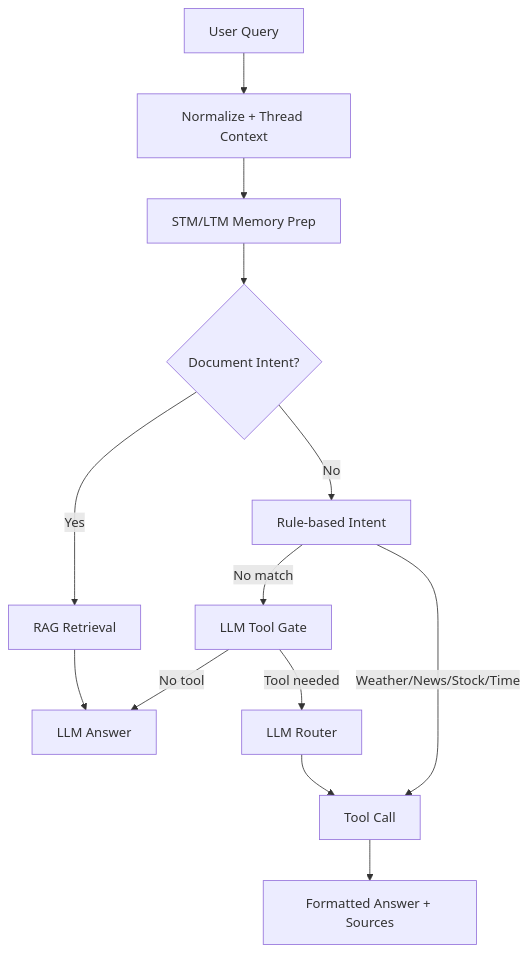
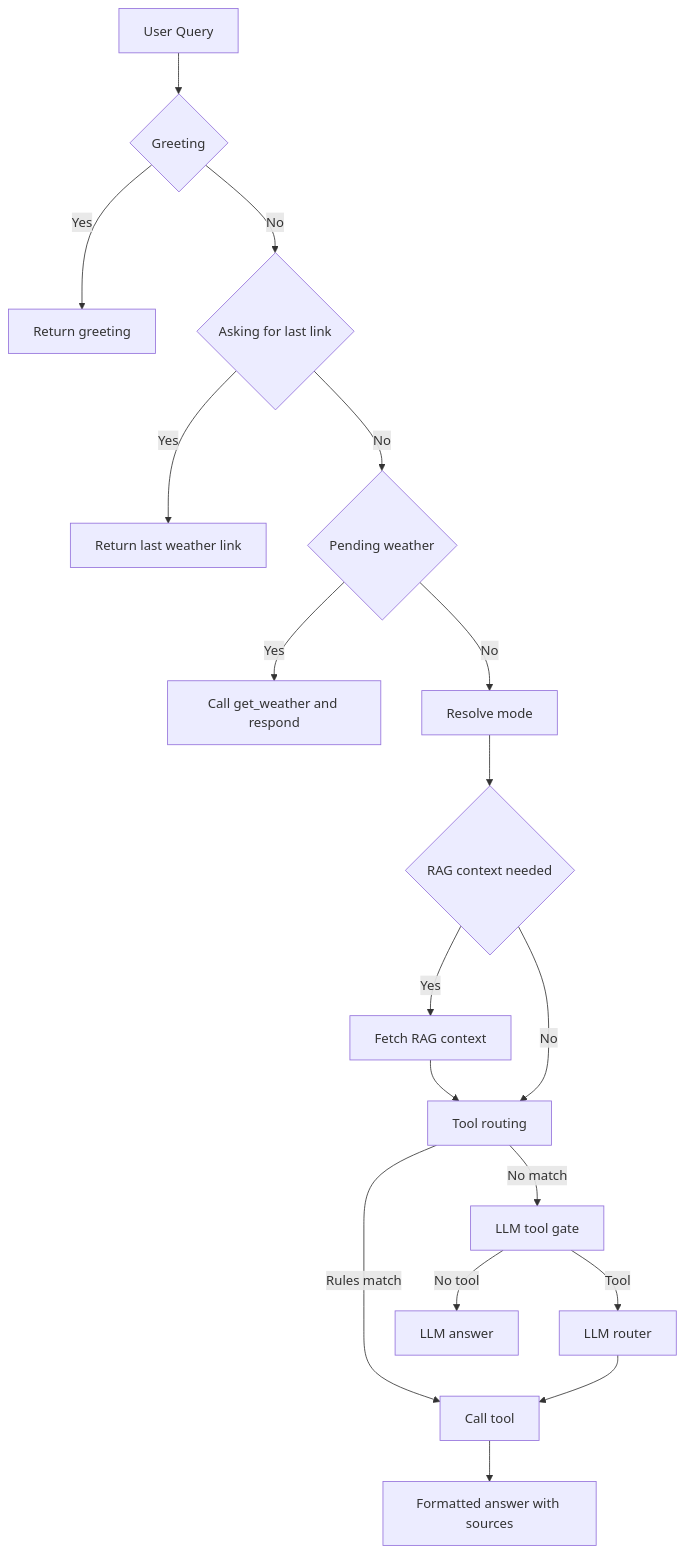
Before and after one commit to P-Saroha/SafeAI-Agent: the diagram in README.md, drawn with Mermaid. The commit also changed other lines of this file, not shown here.

Commit message:
weather tool is updated and readme file is added.

````diff
--- a/README.md
+++ b/README.md
@@ -72,15 +86,20 @@
 ```mermaid
 flowchart TD
-  U[User Query] --> N[Normalize + Thread Context]
-  N --> M[STM/LTM Memory Prep]
-  M --> D{Document Intent?}
-  D -->|Yes| RAG[RAG Retrieval]
-  D -->|No| R[Rule-based Intent]
-  R -->|Weather/News/Stock/Time| T[Tool Call]
-  R -->|No match| G[LLM Tool Gate]
-  G -->|No tool| L[LLM Answer]
-  G -->|Tool needed| RT[LLM Router]
-  RT --> T
-  T --> F[Formatted Answer + Sources]
-  RAG --> L
+  U[User Query] --> Greet{Greeting}
+  Greet -->|Yes| Hello[Return greeting]
+  Greet -->|No| Link{Asking for last link}
+  Link -->|Yes| LinkOut[Return last weather link]
+  Link -->|No| Pending{Pending weather}
+  Pending -->|Yes| WeatherPending[Call get_weather and respond]
+  Pending -->|No| Mode[Resolve mode]
+  Mode --> RAG{RAG context needed}
+  RAG -->|Yes| RAGCtx[Fetch RAG context]
+  RAG -->|No| Route[Tool routing]
+  RAGCtx --> Route
+  Route -->|Rules match| Tool[Call tool]
+  Route -->|No match| Gate[LLM tool gate]
+  Gate -->|No tool| LLM[LLM answer]
+  Gate -->|Tool| Router[LLM router]
+  Router --> Tool
+  Tool --> Answer[Formatted answer with sources]
 ```
````
